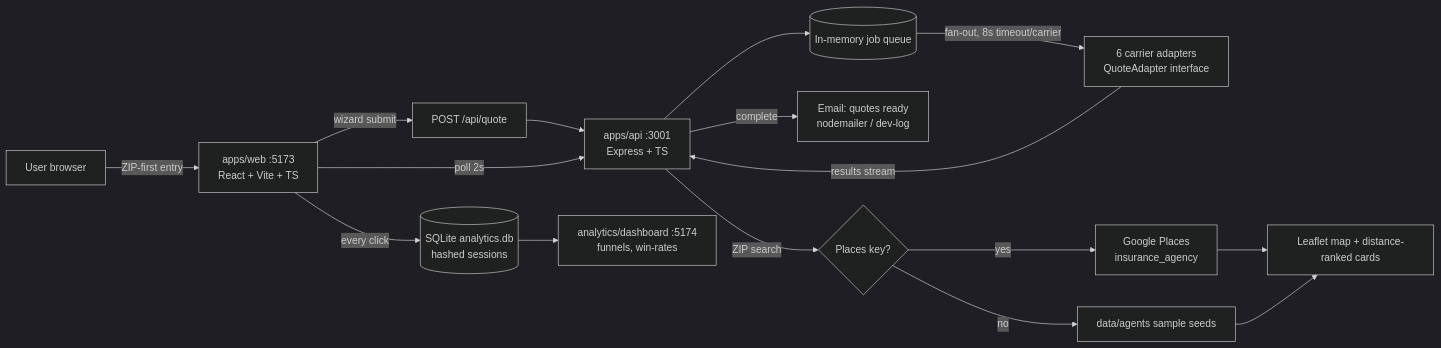
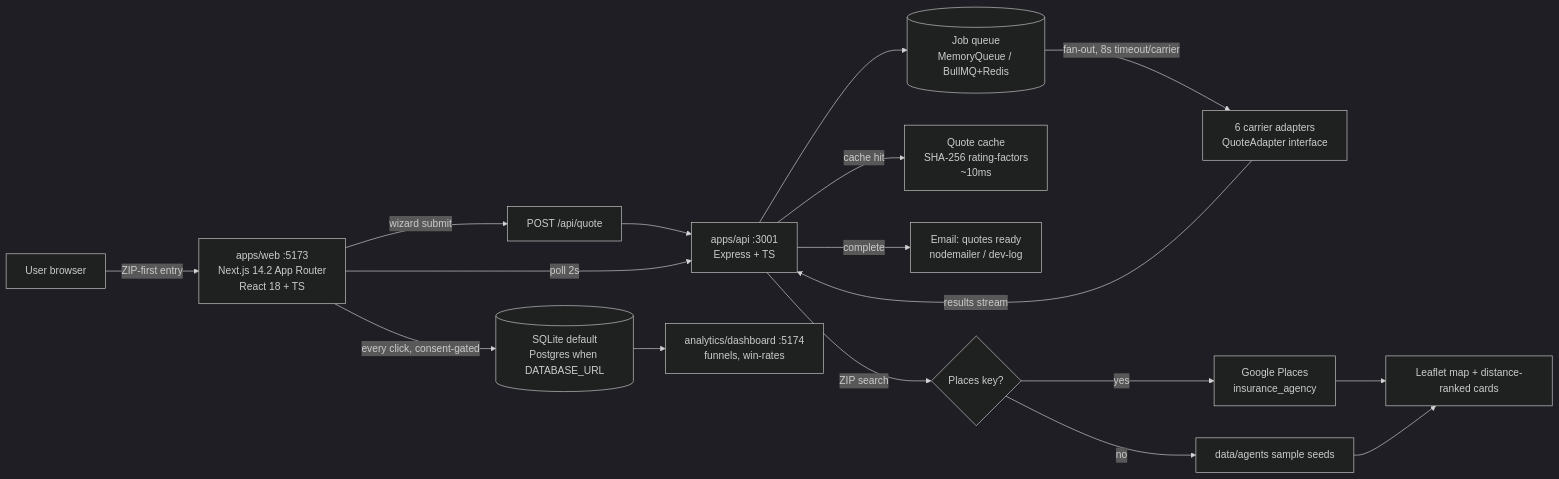
One commit to ArunodayReddy/quotepilot changed the diagram in docs/PRODUCT.md. Above: the diagram before and after it, drawn with Mermaid (dark theme). The commit also changed other lines of this file and 1 other file, not shown here.

Commit message:
v0.10.1 docs sync: narrative docs re-synced for Next.js + 100k scaling

````diff
--- a/docs/PRODUCT.md
+++ b/docs/PRODUCT.md
@@ -104,17 +104,18 @@
 ```mermaid
 flowchart LR
-    U[User browser] -->|ZIP-first entry| W[apps/web :5173<br/>React + Vite + TS]
+    U[User browser] -->|ZIP-first entry| W[apps/web :5173<br/>Next.js 14.2 App Router<br/>React 18 + TS]
     W -->|wizard submit| Q[POST /api/quote]
     Q --> A[apps/api :3001<br/>Express + TS]
-    A --> JQ[(In-memory job queue)]
+    A --> JQ[(Job queue<br/>MemoryQueue / BullMQ+Redis)]
     JQ -->|fan-out, 8s timeout/carrier| AD[6 carrier adapters<br/>QuoteAdapter interface]
     AD -->|results stream| A
     W -->|poll 2s| A
+    A -->|cache hit| C[Quote cache<br/>SHA-256 rating-factors<br/>~10ms]
     A -->|complete| E[Email: quotes ready<br/>nodemailer / dev-log]
     A -->|ZIP search| P{Places key?}
     P -->|yes| GP[Google Places<br/>insurance_agency]
     P -->|no| S[data/agents sample seeds]
     GP & S --> M[Leaflet map + distance-ranked cards]
-    W -->|every click| AN[(SQLite analytics.db<br/>hashed sessions)]
+    W -->|every click, consent-gated| AN[(SQLite default<br/>Postgres when DATABASE_URL)]
     AN --> D[analytics/dashboard :5174<br/>funnels, win-rates]
 ```
````
